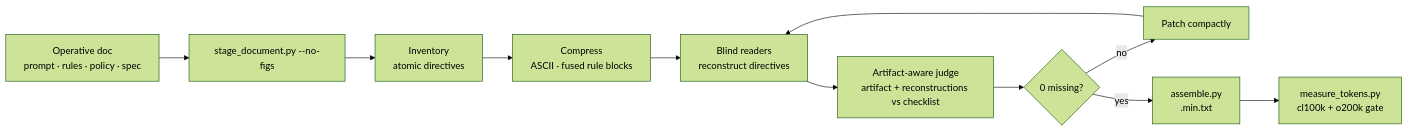
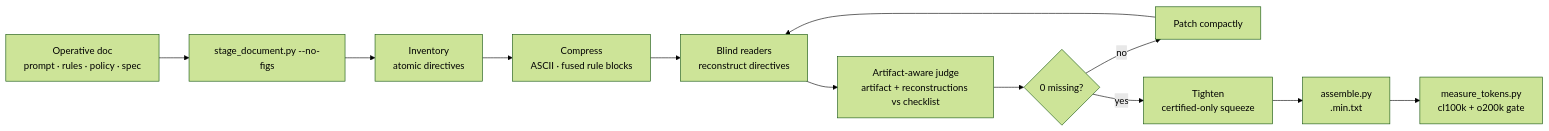
One commit to sirouk/deep-distill changed the second of 2 diagrams in README.md. Above: the diagram before and after it, drawn with Mermaid (forest theme). The commit also changed other lines of this file and 5 other files, not shown here.

Commit message:
Add certified machine tighten pass

````diff
--- a/README.md
+++ b/README.md
@@ -65,12 +65,13 @@
 ```mermaid
 flowchart LR
     A[Operative doc<br/>prompt · rules · policy · spec] --> B[stage_document.py --no-figs]
     B --> C[Inventory<br/>atomic directives]
     C --> D[Compress<br/>ASCII · fused rule blocks]
     D --> E[Blind readers<br/>reconstruct directives]
     E --> F[Artifact-aware judge<br/>artifact + reconstructions vs checklist]
     F --> G{0 missing?}
     G -- no --> H[Patch compactly] --> E
-    G -- yes --> I[assemble.py<br/>.min.txt]
-    I --> J[measure_tokens.py<br/>cl100k + o200k gate]
+    G -- yes --> I[Tighten<br/>certified-only squeeze]
+    I --> J[assemble.py<br/>.min.txt]
+    J --> K[measure_tokens.py<br/>cl100k + o200k gate]
 ```
````
